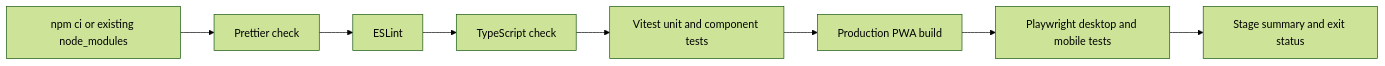
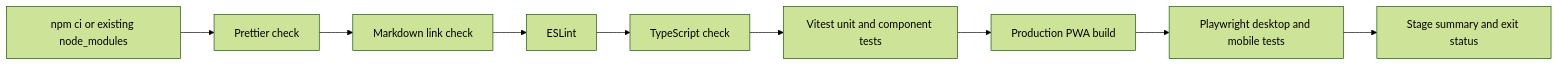
One commit to marcelpetrick/recognizer changed the second of 2 diagrams in README.md. Above: the diagram before and after it, drawn with Mermaid (forest theme). The commit also changed other lines of this file and 2 other files, not shown here.

````diff
--- a/README.md
+++ b/README.md
@@ -320,10 +333,11 @@
 ```mermaid
 flowchart LR
   Install[npm ci or existing node_modules] --> Format[Prettier check]
-  Format --> Lint[ESLint]
+  Format --> Docs[Markdown link check]
+  Docs --> Lint[ESLint]
   Lint --> Types[TypeScript check]
   Types --> Unit[Vitest unit and component tests]
   Unit --> Build[Production PWA build]
   Build --> Browser[Playwright desktop and mobile tests]
   Browser --> Summary[Stage summary and exit status]
 ```
````
